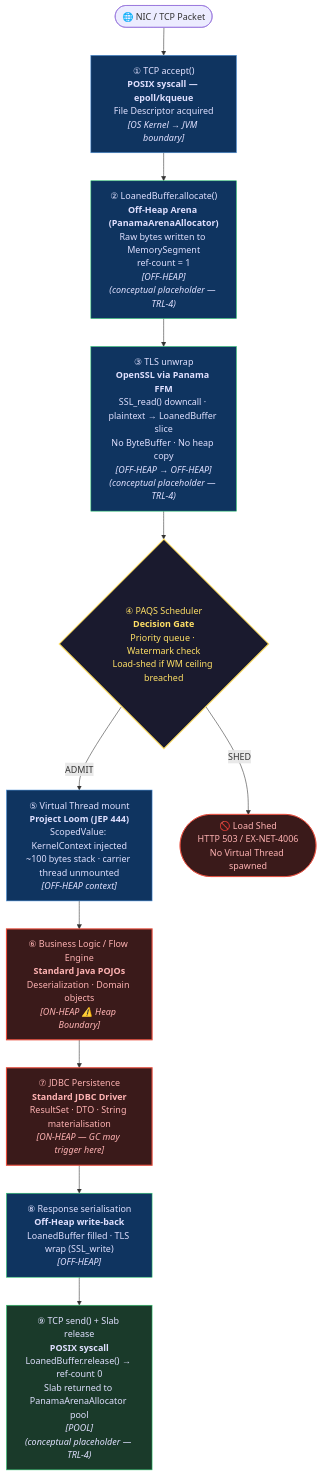
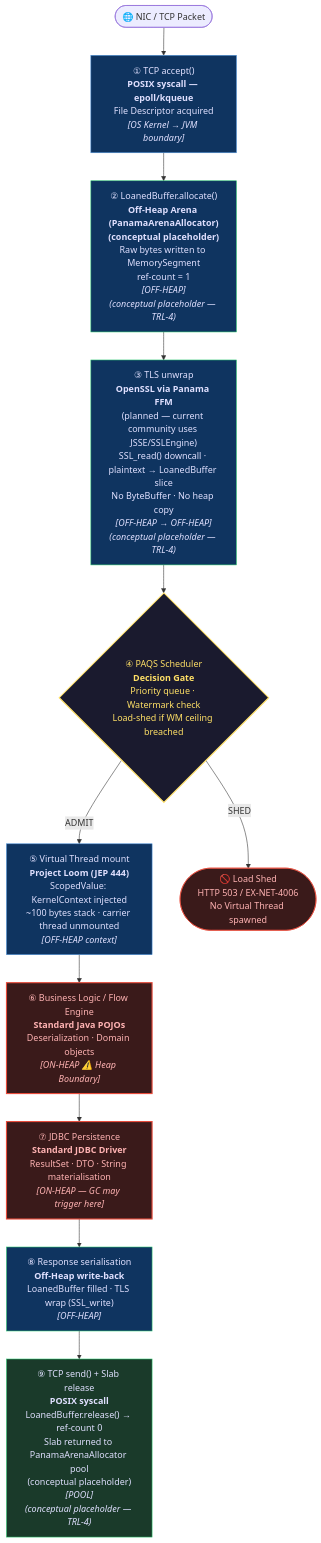
The diagram in docs/modules/03-community.md (exeris-systems/exeris-kernel), drawn with Mermaid before and after one commit. The commit also changed other lines of this file and 6 other files, not shown here.

Commit message:
update(docs): Revise documentation for clarity and accuracy in community, bootstrap, config, telemetry, transport, and architecture modules

````diff
--- a/docs/modules/03-community.md
+++ b/docs/modules/03-community.md
@@ -23,37 +25,37 @@
 ```mermaid
 flowchart TD
     NIC(["🌐 NIC / TCP Packet"])
 
     A["① TCP accept()\n<b>POSIX syscall — epoll/kqueue</b>\nFile Descriptor acquired\n<i>[OS Kernel → JVM boundary]</i>"]
 
-    B["② LoanedBuffer.allocate()\n<b>Off-Heap Arena (PanamaArenaAllocator)</b>\nRaw bytes written to MemorySegment\nref-count = 1\n<i>[OFF-HEAP]</i>\n<i>(conceptual placeholder — TRL-4)</i>"]
+    B["② LoanedBuffer.allocate()\n<b>Off-Heap Arena (PanamaArenaAllocator)\n(conceptual placeholder)</b>\nRaw bytes written to MemorySegment\nref-count = 1\n<i>[OFF-HEAP]</i>\n<i>(conceptual placeholder — TRL-4)</i>"]
 
-    C["③ TLS unwrap\n<b>OpenSSL via Panama FFM</b>\nSSL_read() downcall · plaintext → LoanedBuffer slice\nNo ByteBuffer · No heap copy\n<i>[OFF-HEAP → OFF-HEAP]</i>\n<i>(conceptual placeholder — TRL-4)</i>"]
+    C["③ TLS unwrap\n<b>OpenSSL via Panama FFM</b>\n(planned — current community uses JSSE/SSLEngine)\nSSL_read() downcall · plaintext → LoanedBuffer slice\nNo ByteBuffer · No heap copy\n<i>[OFF-HEAP → OFF-HEAP]</i>\n<i>(conceptual placeholder — TRL-4)</i>"]
 
     D{"④ PAQS Scheduler\n<b>Decision Gate</b>\nPriority queue · Watermark check\nLoad-shed if WM ceiling breached"}
 
     E["⑤ Virtual Thread mount\n<b>Project Loom (JEP 444)</b>\nScopedValue: KernelContext injected\n~100 bytes stack · carrier thread unmounted\n<i>[OFF-HEAP context]</i>"]
 
     F["⑥ Business Logic / Flow Engine\n<b>Standard Java POJOs</b>\nDeserialization · Domain objects\n<i>[ON-HEAP ⚠️ Heap Boundary]</i>"]
 
     G["⑦ JDBC Persistence\n<b>Standard JDBC Driver</b>\nResultSet · DTO · String materialisation\n<i>[ON-HEAP — GC may trigger here]</i>"]
 
     H["⑧ Response serialisation\n<b>Off-Heap write-back</b>\nLoanedBuffer filled · TLS wrap (SSL_write)\n<i>[OFF-HEAP]</i>"]
 
-    I["⑨ TCP send() + Slab release\n<b>POSIX syscall</b>\nLoanedBuffer.release() → ref-count 0\nSlab returned to PanamaArenaAllocator pool\n<i>[POOL]</i>\n<i>(conceptual placeholder — TRL-4)</i>"]
+    I["⑨ TCP send() + Slab release\n<b>POSIX syscall</b>\nLoanedBuffer.release() → ref-count 0\nSlab returned to PanamaArenaAllocator pool\n(conceptual placeholder)\n<i>[POOL]</i>\n<i>(conceptual placeholder — TRL-4)</i>"]
 
     NIC --> A --> B --> C --> D
     D -->|"ADMIT"| E --> F --> G --> H --> I
     D -->|"SHED"| SHED(["🚫 Load Shed\nHTTP 503 / EX-NET-4006\nNo Virtual Thread spawned"])
 
     style A fill:#0f3460,color:#e0e0ff,stroke:#4a90d9
     style B fill:#0f3460,color:#e0e0ff,stroke:#2ecc71
     style C fill:#0f3460,color:#e0e0ff,stroke:#2ecc71
     style D fill:#1a1a2e,color:#ffe066,stroke:#ffe066,stroke-width:2px
     style E fill:#0f3460,color:#e0e0ff,stroke:#4a90d9
     style F fill:#3a1a1a,color:#ffb3b3,stroke:#e74c3c,stroke-width:2px
     style G fill:#3a1a1a,color:#ffb3b3,stroke:#e74c3c,stroke-width:2px
     style H fill:#0f3460,color:#e0e0ff,stroke:#2ecc71
     style I fill:#1a3a2a,color:#e0e0ff,stroke:#2ecc71
     style SHED fill:#3a1a1a,color:#ffb3b3,stroke:#e74c3c
 ```
````
